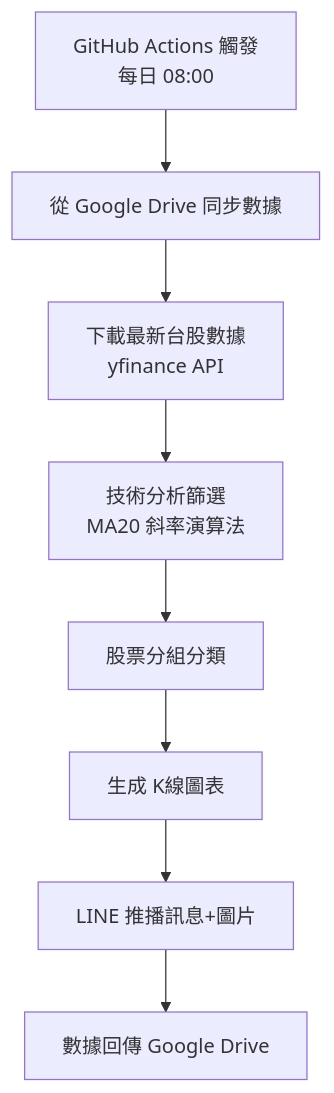
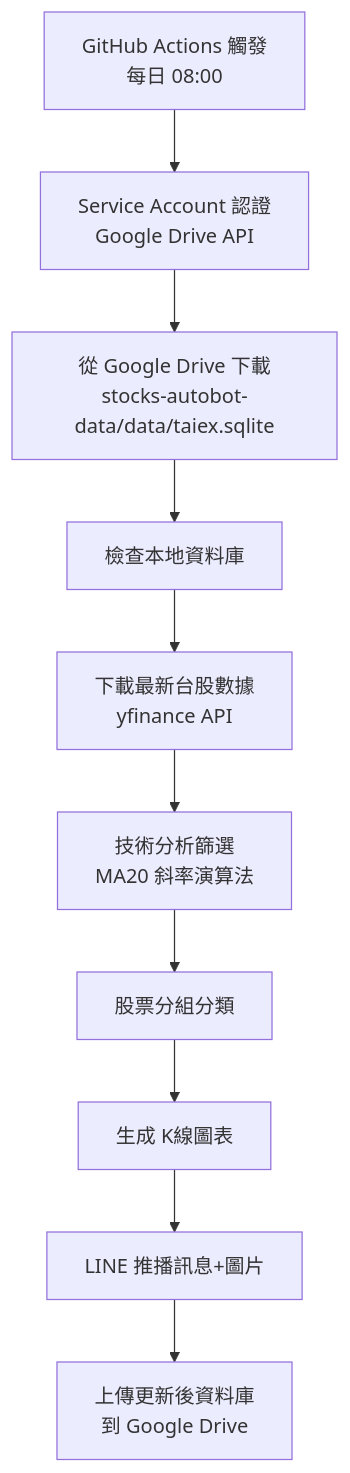
Before and after one commit to YanShuoPan/Qtrading: the diagram in README.md, drawn with Mermaid. The commit also changed other lines of this file and 2 other files, not shown here.

First line of the commit message:
Upgrade to v2.1.0: Native Google Drive API integration

````diff
--- a/README.md
+++ b/README.md
@@ -36,10 +36,12 @@
 ```mermaid
 graph TD
-    A[GitHub Actions 觸發<br/>每日 08:00] --> B[從 Google Drive 同步數據]
-    B --> C[下載最新台股數據<br/>yfinance API]
-    C --> D[技術分析篩選<br/>MA20 斜率演算法]
-    D --> E[股票分組分類]
-    E --> F[生成 K線圖表]
-    F --> G[LINE 推播訊息+圖片]
-    G --> H[數據回傳 Google Drive]
+    A[GitHub Actions 觸發<br/>每日 08:00] --> B[Service Account 認證<br/>Google Drive API]
+    B --> C[從 Google Drive 下載<br/>stocks-autobot-data/data/taiex.sqlite]
+    C --> D[檢查本地資料庫]
+    D --> E[下載最新台股數據<br/>yfinance API]
+    E --> F[技術分析篩選<br/>MA20 斜率演算法]
+    F --> G[股票分組分類]
+    G --> H[生成 K線圖表]
+    H --> I[LINE 推播訊息+圖片]
+    I --> J[上傳更新後資料庫<br/>到 Google Drive]
 ```
````
